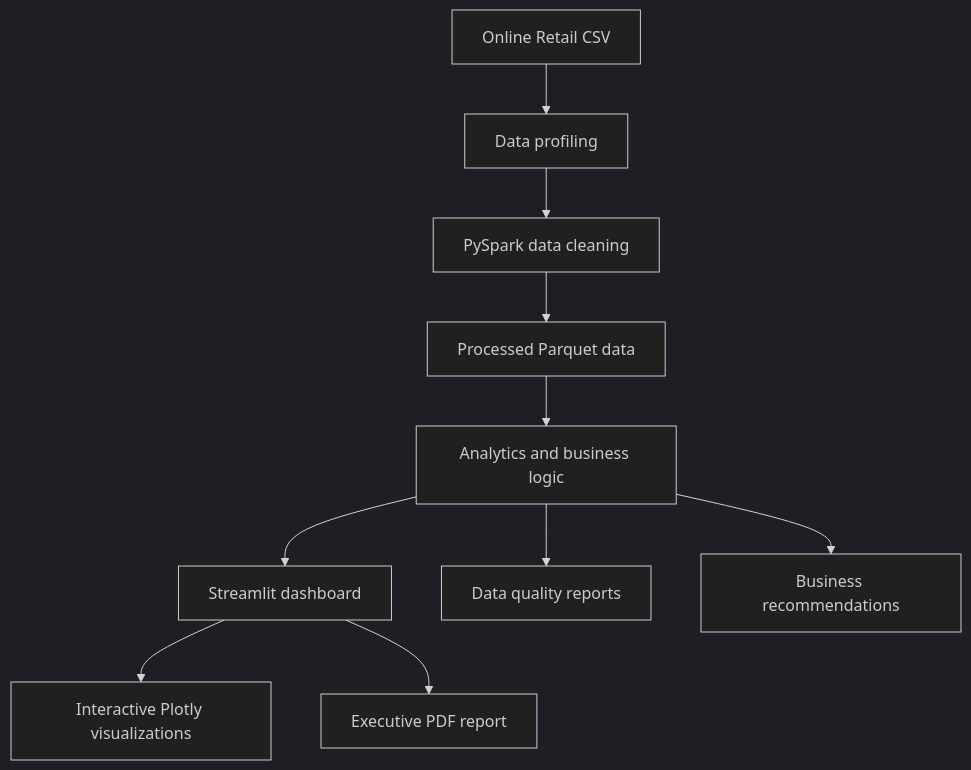
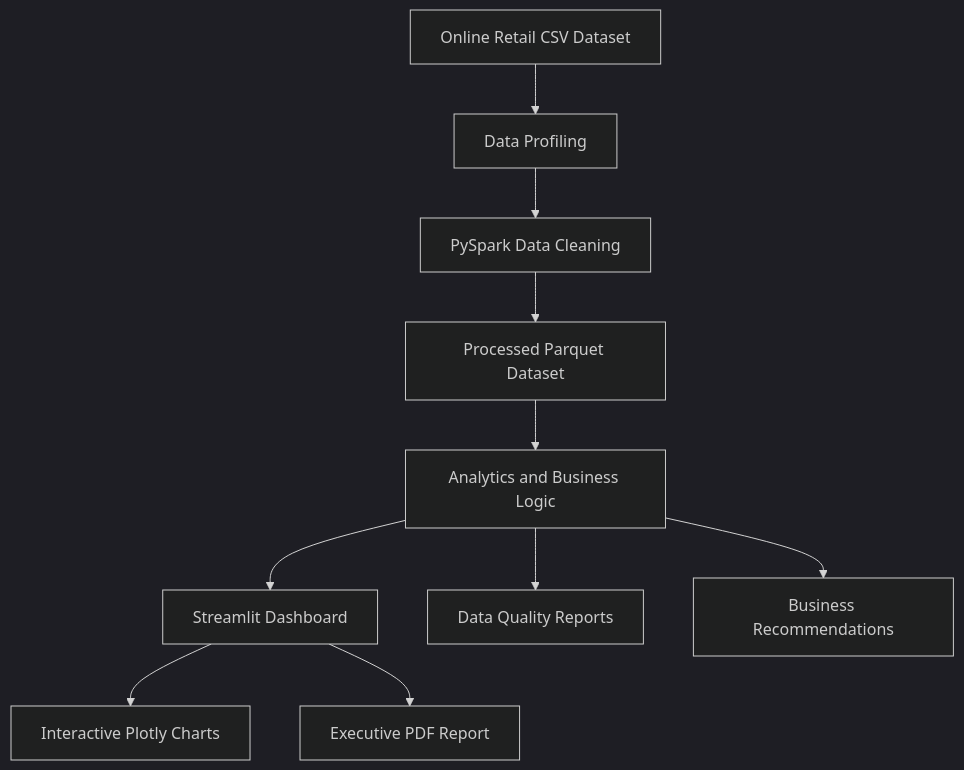
One commit to TirthPatel8267/dataverse-nexus changed the diagram in README.md. Above: the diagram before and after it, drawn with Mermaid (dark theme). The commit also changed other lines of this file, not shown here.

````diff
--- a/README.md
+++ b/README.md
@@ -46,12 +110,23 @@
 ```mermaid
 flowchart TD
-    A["Online Retail CSV"] --> B["Data profiling"]
-    B --> C["PySpark data cleaning"]
-    C --> D["Processed Parquet data"]
-    D --> E["Analytics and business logic"]
-    E --> F["Streamlit dashboard"]
-    E --> G["Data quality reports"]
-    E --> H["Business recommendations"]
-    F --> I["Interactive Plotly visualizations"]
-    F --> J["Executive PDF report"]
+    A["Online Retail CSV Dataset"]
+    B["Data Profiling"]
+    C["PySpark Data Cleaning"]
+    D["Processed Parquet Dataset"]
+    E["Analytics and Business Logic"]
+    F["Streamlit Dashboard"]
+    G["Data Quality Reports"]
+    H["Business Recommendations"]
+    I["Interactive Plotly Charts"]
+    J["Executive PDF Report"]
+
+    A --> B
+    B --> C
+    C --> D
+    D --> E
+    E --> F
+    E --> G
+    E --> H
+    F --> I
+    F --> J
 ```
````
